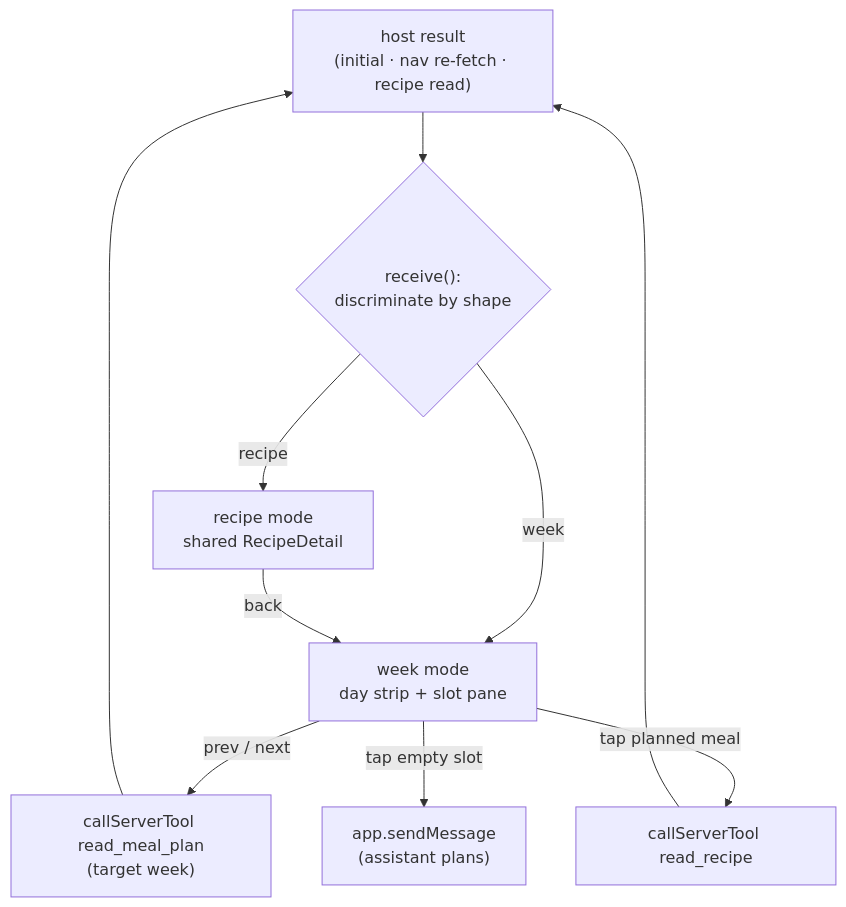
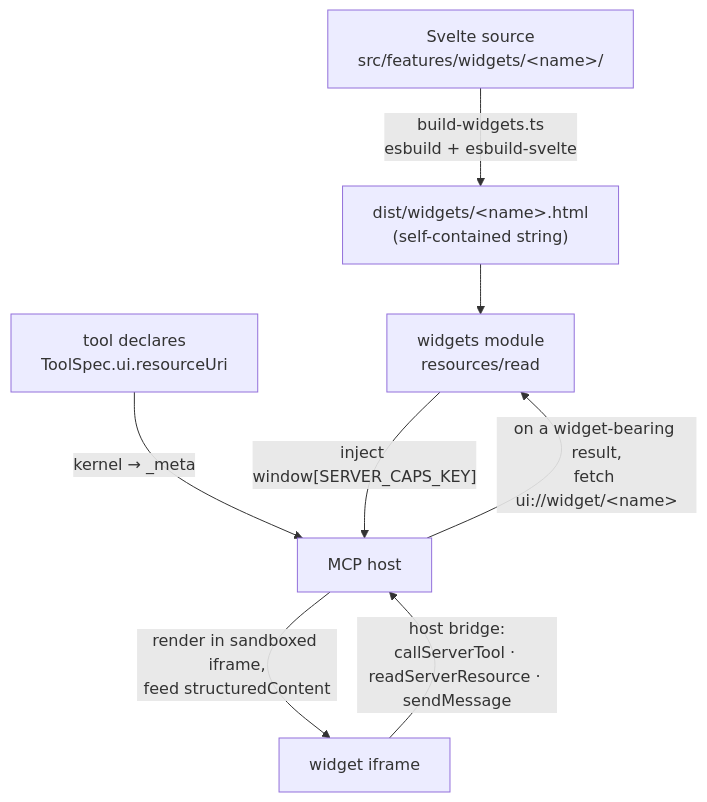
One commit to bojanrajkovic/mcp-paprika changed the third of 3 diagrams in docs/architecture.md. Above: the diagram before and after it, drawn with Mermaid. The commit also changed other lines of this file and 23 other files, not shown here.

First line of the commit message:
feat(recipe): expose recipe photos via a ui://recipe/{uid}/photo proxy resource (#427)

````diff
--- a/docs/architecture.md
+++ b/docs/architecture.md
@@ -90,12 +94,10 @@
 ```mermaid
 flowchart TB
-  R["host result<br/>(initial · nav re-fetch · recipe read)"] --> RC{"receive():<br/>discriminate by shape"}
-  RC -->|"week"| WK["week mode<br/>day strip + slot pane"]
-  RC -->|"recipe"| RD["recipe mode<br/>shared RecipeDetail"]
-  WK -->|"prev / next"| NAV["callServerTool read_meal_plan<br/>(target week)"]
-  WK -->|"tap planned meal"| REC["callServerTool read_recipe"]
-  WK -->|"tap empty slot"| MSG["app.sendMessage<br/>(assistant plans)"]
-  NAV --> R
-  REC --> R
-  RD -->|"back"| WK
+  SV["Svelte source<br/>src/features/widgets/&lt;name&gt;/"] -->|"build-widgets.ts<br/>esbuild + esbuild-svelte"| HTML["dist/widgets/&lt;name&gt;.html<br/>(self-contained string)"]
+  TOOL["tool declares<br/>ToolSpec.ui.resourceUri"] -->|"kernel → _meta"| HOST["MCP host"]
+  HOST -->|"on a widget-bearing result,<br/>fetch ui://widget/&lt;name&gt;"| WRES["widgets module<br/>resources/read"]
+  HTML --> WRES
+  WRES -->|"inject window[SERVER_CAPS_KEY]"| HOST
+  HOST -->|"render in sandboxed iframe,<br/>feed structuredContent"| IFRAME["widget iframe"]
+  IFRAME -->|"host bridge:<br/>callServerTool · readServerResource · sendMessage"| HOST
 ```
````
